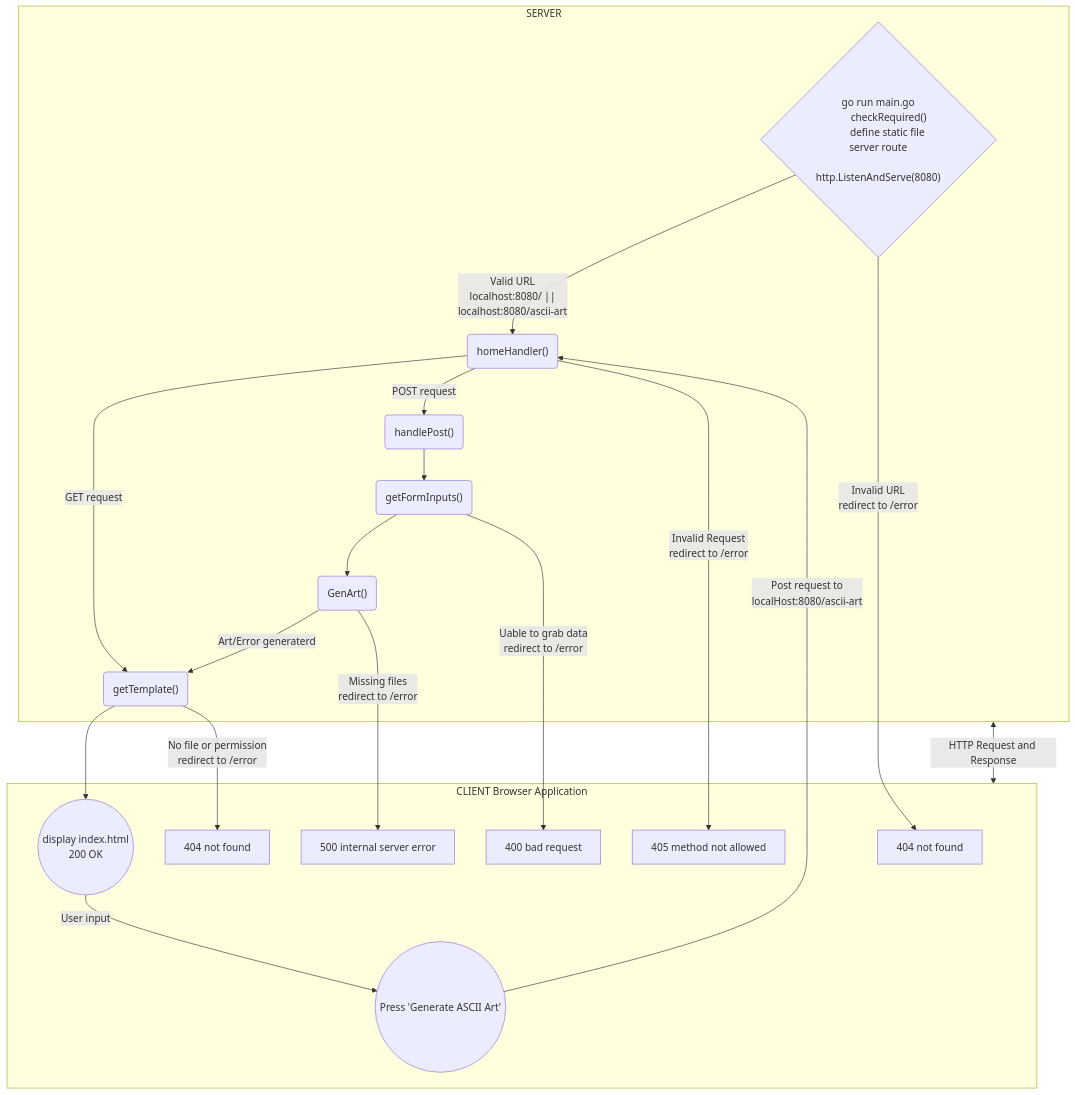
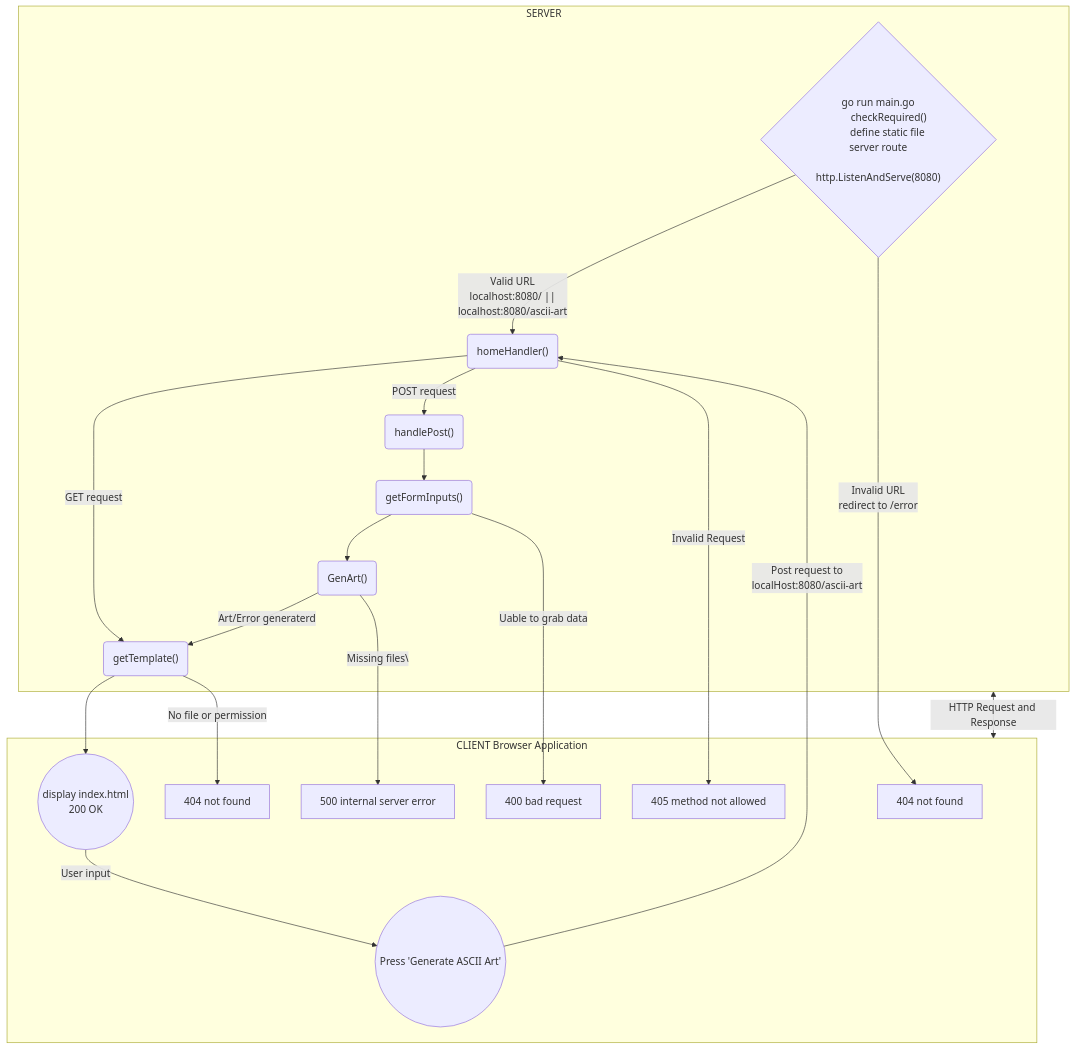
One commit to OthmaneAfilali/ascii-art-web-Refactor changed the diagram in README.md. Above: the diagram before and after it, drawn with Mermaid. The commit also changed other lines of this file and 6 other files, not shown here.

````diff
--- a/README.md
+++ b/README.md
@@ -21,59 +34,55 @@
 ```mermaid
 flowchart TB
     subgraph server [SERVER]
         start{"go run main.go
         checkRequired()
         define static file server route
         http.ListenAndServe(8080)"}
         homeFn("homeHandler()")
         rForm("getFormInputs()")
         genArt("GenArt()")
         template("getTemplate()")
         handlePost("handlePost()")
     end
 
     subgraph client [CLIENT Browser Application]
         invalidURL["404 not found"]
         inValidRq["405 method not allowed"]
         tempErr["404 not found "]
         rFormErr["400 bad request"]
         missing["500 internal server error"]
         index(("display index.html
         200 OK"))
         pressBtn((Press 'Generate ASCII Art'))
     end
 
     server<-->|HTTP Request and Response| client;
    
     start--
     Valid URL
     localhost:8080/ || 
     localhost:8080/ascii-art
     -->homeFn;
     start--Invalid URL
     redirect to /error-->invalidURL;
     
     homeFn--GET request-->
     template-->
     index--User input-->
     pressBtn;
     
     homeFn--POST request-->handlePost-->
     rForm-->
     genArt--Art/Error generaterd-->
     template;
 
     pressBtn--
     Post request to
     localHost:8080/ascii-art
     -->homeFn;
     
-    homeFn--Invalid Request
-    redirect to /error-->inValidRq;
-    rForm--Uable to grab data
-    redirect to /error-->rFormErr;
-    genArt--Missing files
-    redirect to /error-->missing;
-    template--No file or permission
-    redirect to /error-->tempErr;
+    homeFn--Invalid Request-->inValidRq;
+    rForm--Uable to grab data-->rFormErr;
+    genArt--Missing files\-->missing;
+    template--No file or permission-->tempErr;
 ```
````
